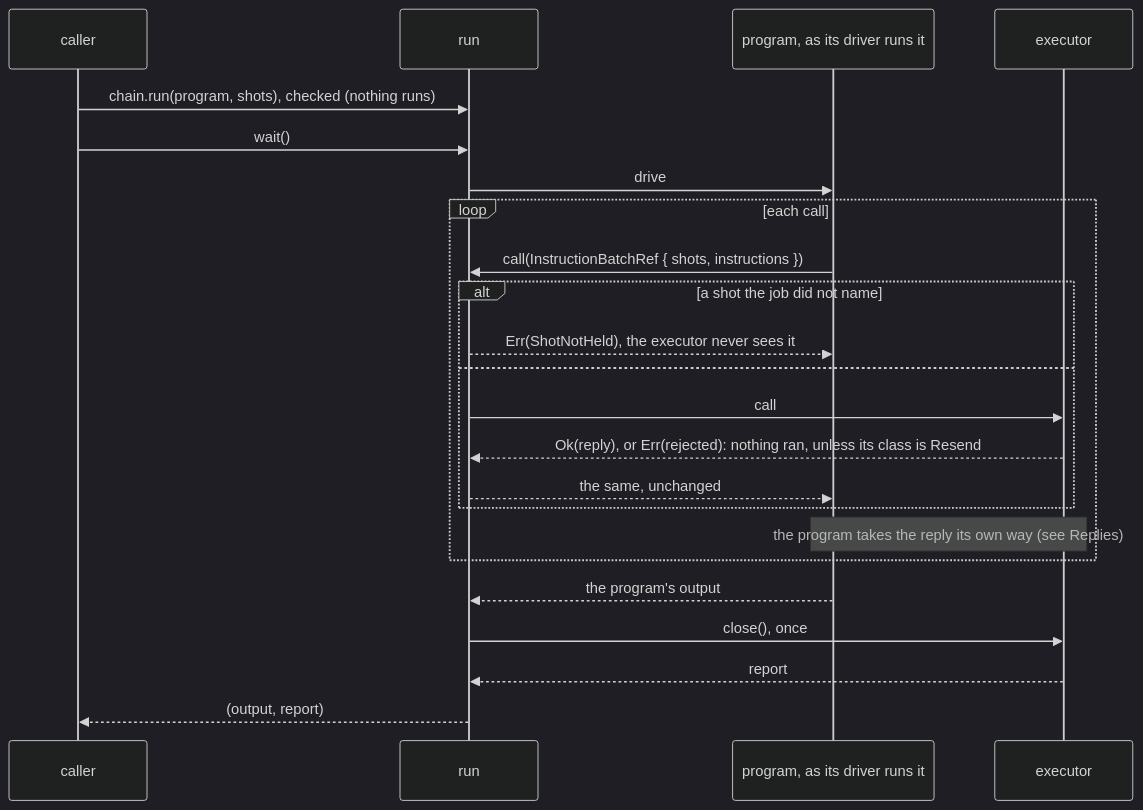
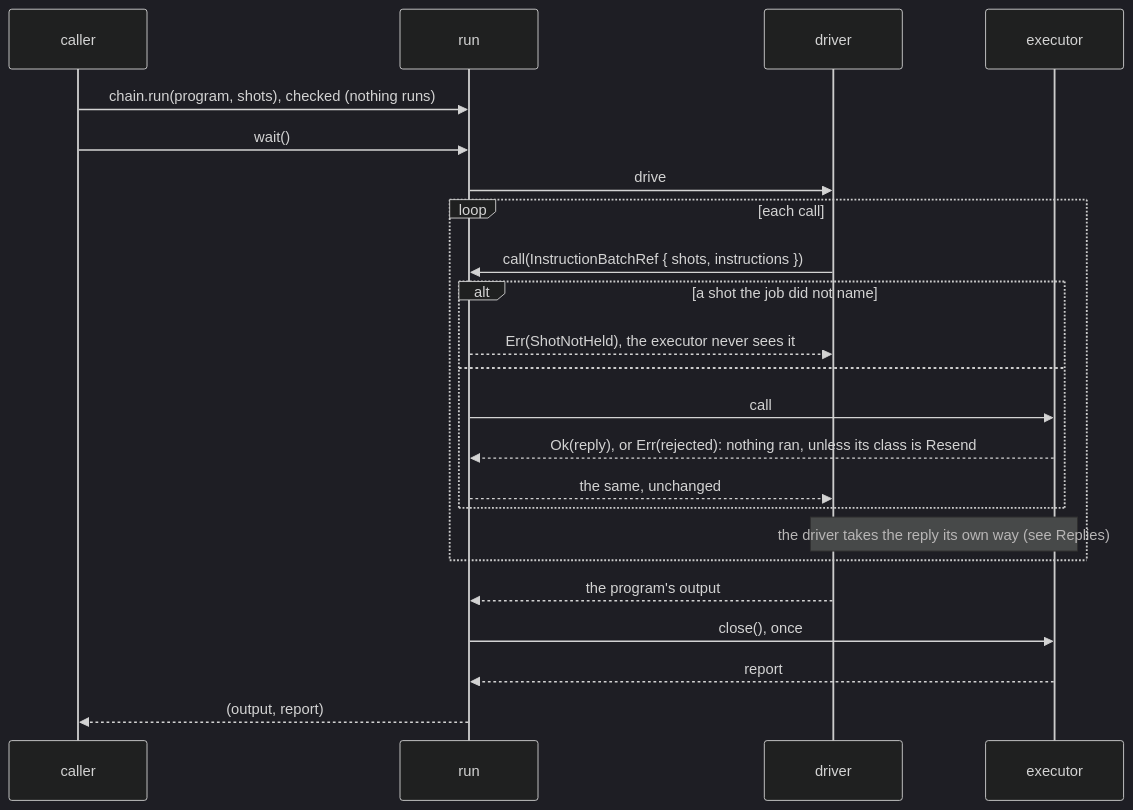
One commit to microsoft/qdk changed the second of 2 diagrams in source/executor_protocol/docs/executors.md. Above: the diagram before and after it, drawn with Mermaid (dark theme). The commit also changed other lines of this file and 38 other files, not shown here.

````diff
--- a/source/executor_protocol/docs/executors.md
+++ b/source/executor_protocol/docs/executors.md
@@ -365,25 +365,25 @@
 ```mermaid
 sequenceDiagram
   participant C as caller
   participant R as run
-  participant D as program, as its driver runs it
+  participant D as driver
   participant E as executor
   C->>R: chain.run(program, shots), checked (nothing runs)
   C->>R: wait()
   R->>D: drive
   loop each call
     D->>R: call(InstructionBatchRef { shots, instructions })
     alt a shot the job did not name
       R-->>D: Err(ShotNotHeld), the executor never sees it
     else
       R->>E: call
       E-->>R: Ok(reply), or Err(rejected): nothing ran, unless its class is Resend
       R-->>D: the same, unchanged
     end
-    Note over D,E: the program takes the reply its own way (see Replies)
+    Note over D,E: the driver takes the reply its own way (see Replies)
   end
   D-->>R: the program's output
   R->>E: close(), once
   E-->>R: report
   R-->>C: (output, report)
 ```
````
